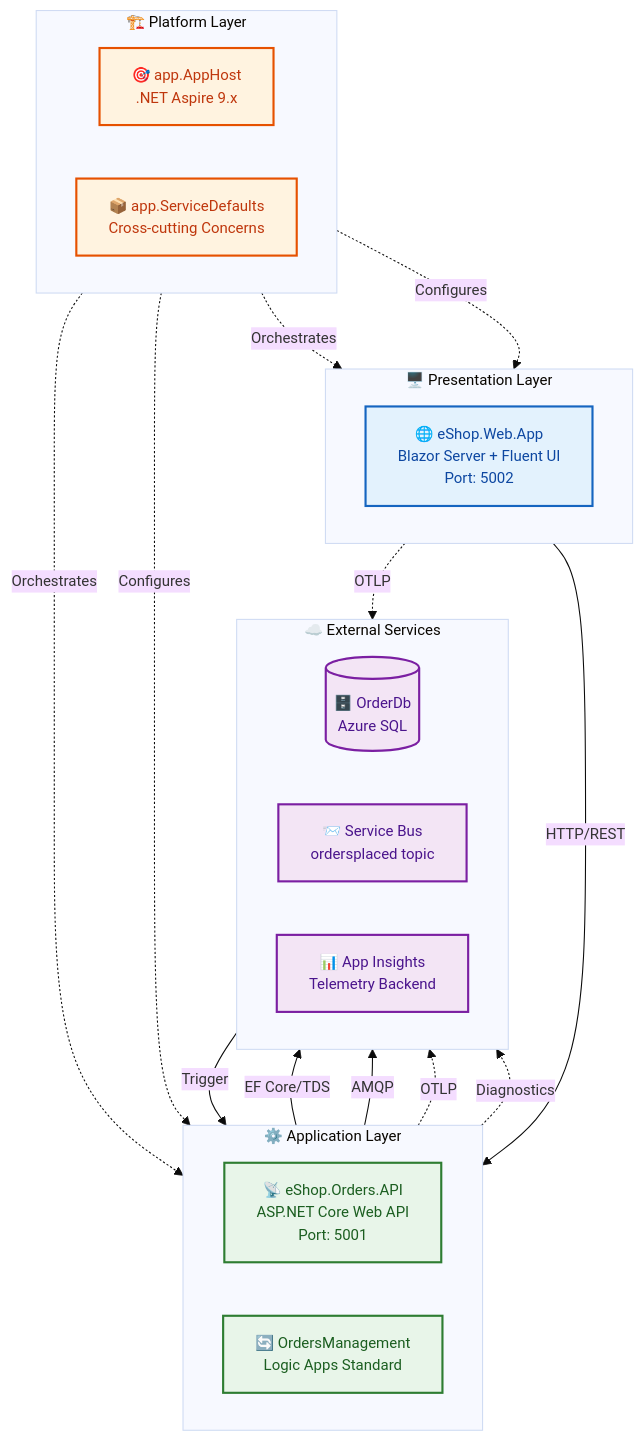
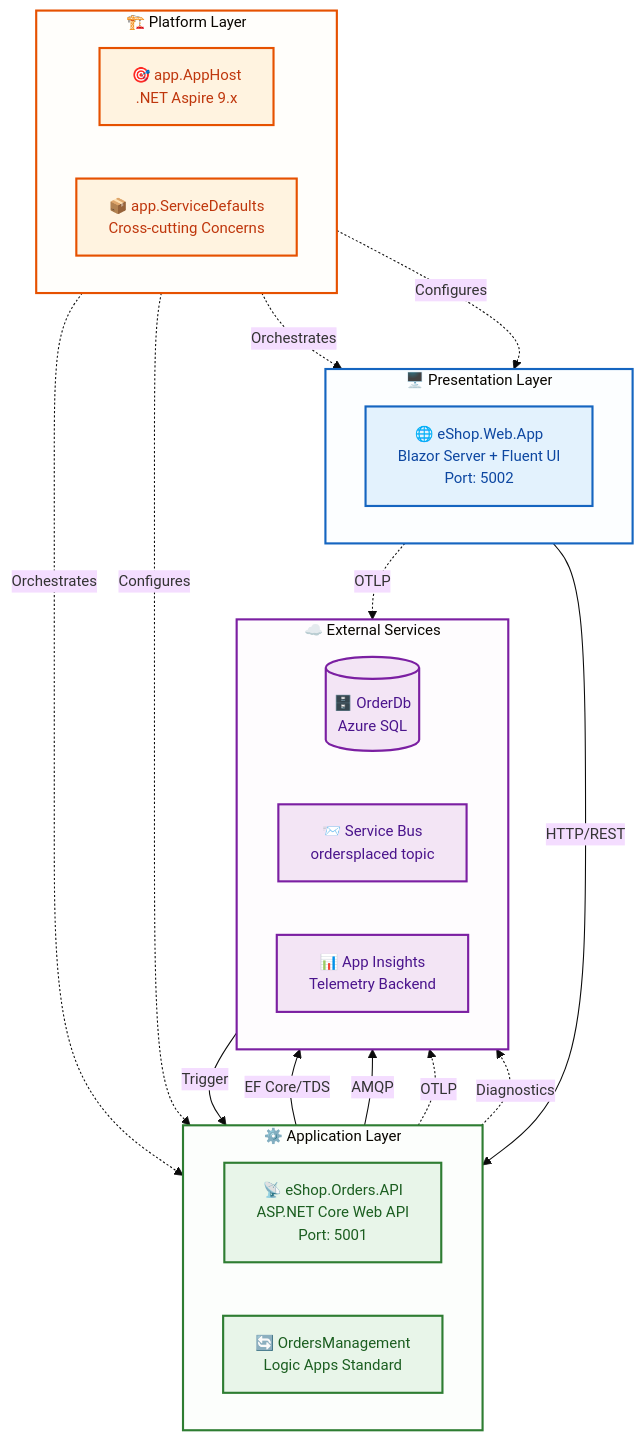
The first of 5 diagrams in docs/architecture/03-application-architecture.md (Evilazaro/Azure-LogicApps-Monitoring), drawn with Mermaid before and after one commit. The commit also changed other lines of this file and 1 other file, not shown here.

Commit message:
Enhance architecture diagrams with improved subgraph container styling for better visual layer grouping

````diff
--- a/docs/architecture/03-application-architecture.md
+++ b/docs/architecture/03-application-architecture.md
@@ -43,57 +43,63 @@
 ```mermaid
 %%{init: {'theme': 'base', 'themeVariables': { 'fontSize': '14px'}}}%%
 flowchart TB
     subgraph Presentation["🖥️ Presentation Layer"]
         direction LR
         WebApp["🌐 eShop.Web.App<br/>Blazor Server + Fluent UI<br/>Port: 5002"]
     end
 
     subgraph Application["⚙️ Application Layer"]
         direction LR
         API["📡 eShop.Orders.API<br/>ASP.NET Core Web API<br/>Port: 5001"]
         Workflow["🔄 OrdersManagement<br/>Logic Apps Standard"]
     end
 
     subgraph Platform["🏗️ Platform Layer"]
         direction LR
         Orchestrator["🎯 app.AppHost<br/>.NET Aspire 9.x"]
         SharedLib["📦 app.ServiceDefaults<br/>Cross-cutting Concerns"]
     end
 
     subgraph External["☁️ External Services"]
         direction LR
         DB[("🗄️ OrderDb<br/>Azure SQL")]
         Queue["📨 Service Bus<br/>ordersplaced topic"]
         Monitor["📊 App Insights<br/>Telemetry Backend"]
     end
 
     %% Synchronous flows
     WebApp -->|"HTTP/REST"| API
     API -->|"EF Core/TDS"| DB
     API -->|"AMQP"| Queue
 
     %% Async/Event flows
     Queue -->|"Trigger"| Workflow
 
     %% Platform relationships
     Orchestrator -.->|"Orchestrates"| WebApp
     Orchestrator -.->|"Orchestrates"| API
     SharedLib -.->|"Configures"| WebApp
     SharedLib -.->|"Configures"| API
 
     %% Telemetry flows
     WebApp -.->|"OTLP"| Monitor
     API -.->|"OTLP"| Monitor
     Workflow -.->|"Diagnostics"| Monitor
 
     %% Accessible color palette with clear layer separation
     classDef presentation fill:#e3f2fd,stroke:#1565c0,stroke-width:2px,color:#0d47a1
     classDef application fill:#e8f5e9,stroke:#2e7d32,stroke-width:2px,color:#1b5e20
     classDef platform fill:#fff3e0,stroke:#e65100,stroke-width:2px,color:#bf360c
     classDef external fill:#f3e5f5,stroke:#7b1fa2,stroke-width:2px,color:#4a148c
 
     class WebApp presentation
     class API,Workflow application
     class Orchestrator,SharedLib platform
     class DB,Queue,Monitor external
+
+    %% Subgraph container styling for visual layer grouping
+    style Presentation fill:#e3f2fd22,stroke:#1565c0,stroke-width:2px
+    style Application fill:#e8f5e922,stroke:#2e7d32,stroke-width:2px
+    style Platform fill:#fff3e022,stroke:#e65100,stroke-width:2px
+    style External fill:#f3e5f522,stroke:#7b1fa2,stroke-width:2px
 ```
````
